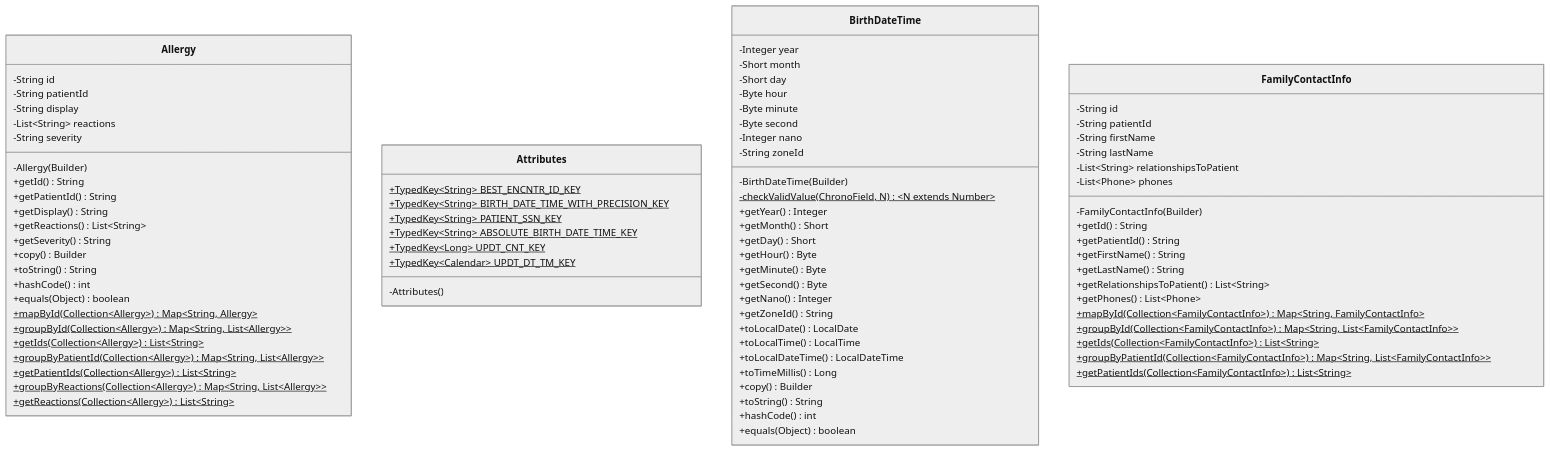
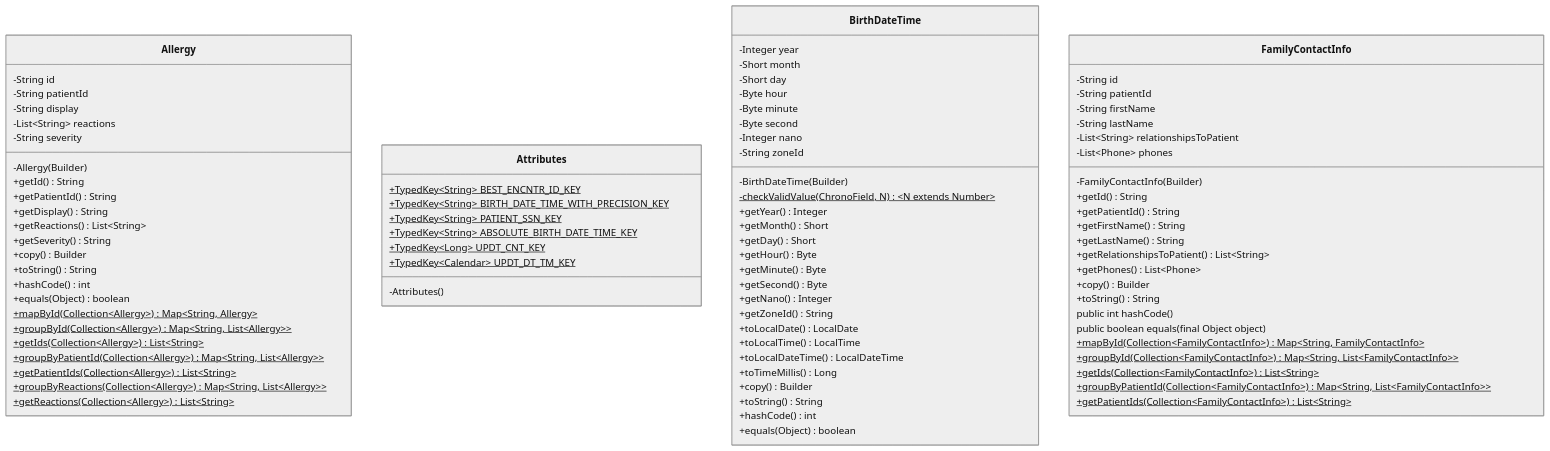
Before and after one commit to abhishek171287/FACE-RECOGNITION-ATTENDANCE-SYSTEM-USING-RASPBERRY-PI: the diagram in README.md, drawn with Mermaid (neutral theme).

```diff
--- a/README.md
+++ b/README.md
@@ -83,7 +83,11 @@
         +getLastName() String
         +getRelationshipsToPatient() List~String~
         +getPhones() List~Phone~       
-
+        +copy() Builder
+        +toString() String
+        public int hashCode()
+        public boolean equals(final Object object)
+        
         +mapById(Collection~FamilyContactInfo~)$ Map&lt;String, FamilyContactInfo&gt;
         +groupById(Collection~FamilyContactInfo~)$ Map&lt;String, List~FamilyContactInfo~&gt;
         +getIds(Collection~FamilyContactInfo~)$ List~String~
```
